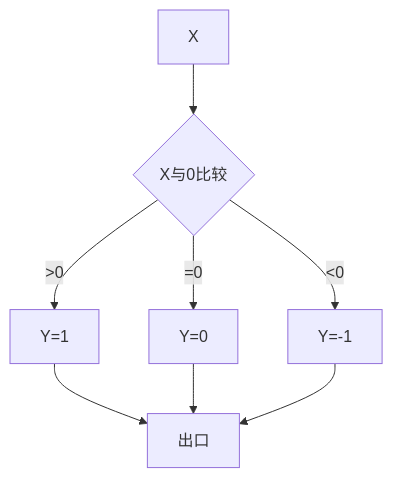
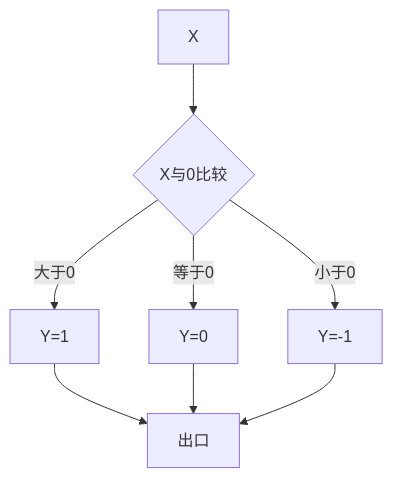
Before and after one commit to danlingdan/ComputerKnowledgeBase: the third of 4 diagrams in 计算机系统/微机原理与接口技术B/04 汇编语言程序设计/04-04 顺序与分支程序设计.md, drawn with Mermaid. The commit also changed other lines of this file and 68 other files, not shown here.

````diff
--- a/计算机系统/微机原理与接口技术B/04 汇编语言程序设计/04-04 顺序与分支程序设计.md
+++ b/计算机系统/微机原理与接口技术B/04 汇编语言程序设计/04-04 顺序与分支程序设计.md
@@ -152,10 +160,10 @@
 ```mermaid
-graph TD
-    A[X] --> B{X与0比较}
-    B -->|>0| C[Y=1]
-    B -->|=0| D[Y=0]
-    B -->|<0| E[Y=-1]
-    C --> F[出口]
+flowchart TD
+    A["X"] --> B{"X与0比较"}
+    B -->|大于0| C["Y=1"]
+    B -->|等于0| D["Y=0"]
+    B -->|小于0| E["Y=-1"]
+    C --> F["出口"]
     D --> F
     E --> F
 ```
````
